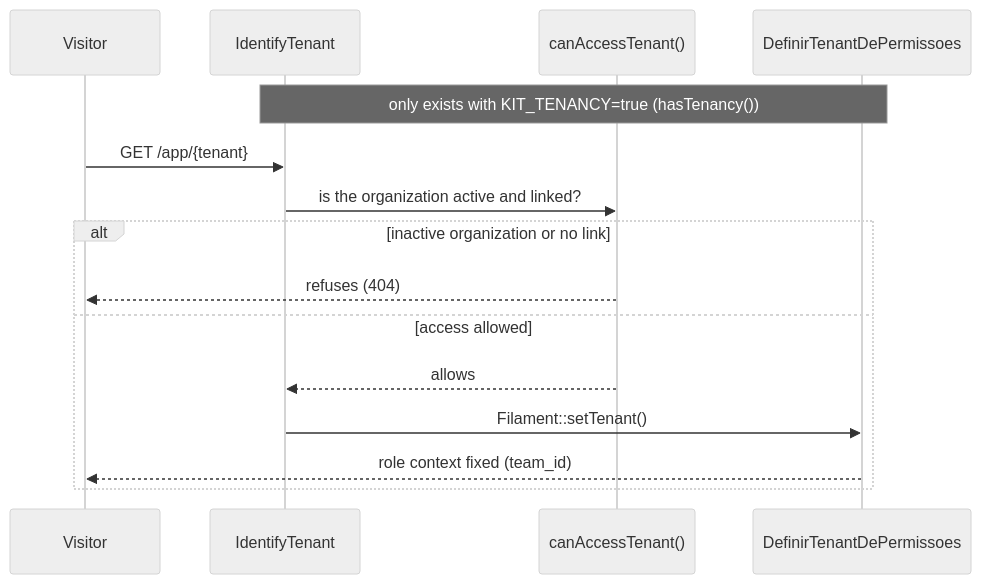
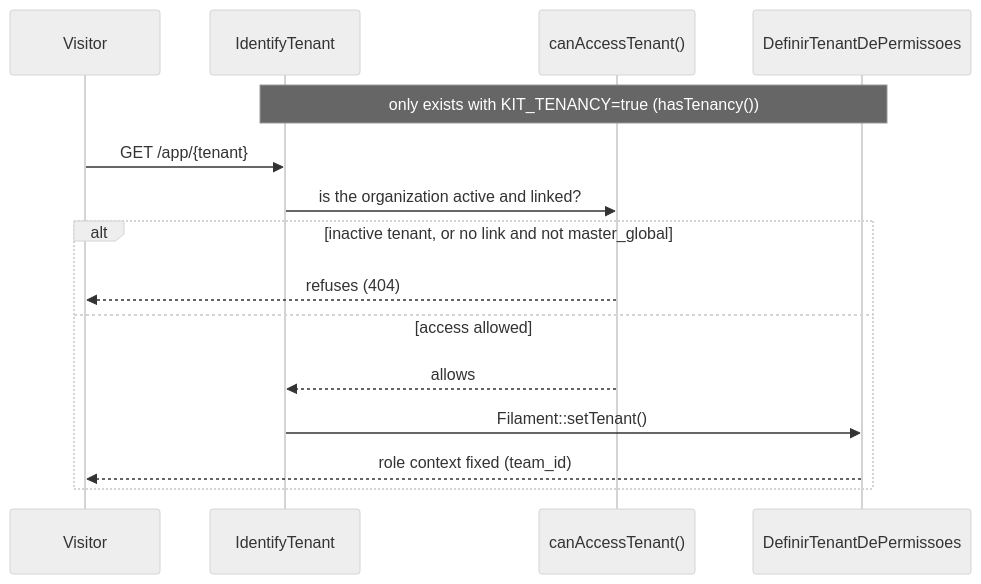
The diagram in docs/en/recursos/multi-tenancy.md (gsferro/filament-starter-kit-easy), drawn with Mermaid (neutral theme) before and after one commit. The commit also changed 3 other files, not shown here.

First line of the commit message:
:bug: fix(docs): o DG-20 desenha o master_global entrando sem vinculo

````diff
--- a/docs/en/recursos/multi-tenancy.md
+++ b/docs/en/recursos/multi-tenancy.md
@@ -143,20 +143,20 @@
 ```mermaid
 sequenceDiagram
 %% DG-20
 accTitle: Request to /app/{tenant}
-accDescr: IdentifyTenant resolves the tenant from the route and calls canAccessTenant(); an inactive organization or one with no link answers 404, and only then does DefinirTenantDePermissoes fix the per-tenant role context.
+accDescr: IdentifyTenant resolves the tenant from the route and calls canAccessTenant(); an inactive tenant, or one with no link and not master_global, answers 404, and only then does DefinirTenantDePermissoes fix the per-tenant role context.
   participant visitante as Visitor
   participant identify_tenant as IdentifyTenant
   participant can_access_tenant as canAccessTenant()
   participant definir_tenant as DefinirTenantDePermissoes
   Note over identify_tenant,definir_tenant: only exists with KIT_TENANCY=true (hasTenancy())
   visitante->>identify_tenant: GET /app/{tenant}
   identify_tenant->>can_access_tenant: is the organization active and linked?
-  alt inactive organization or no link
+  alt inactive tenant, or no link and not master_global
     can_access_tenant-->>visitante: refuses (404)
   else access allowed
     can_access_tenant-->>identify_tenant: allows
     identify_tenant->>definir_tenant: Filament::setTenant()
     definir_tenant-->>visitante: role context fixed (team_id)
   end
 ```
````
